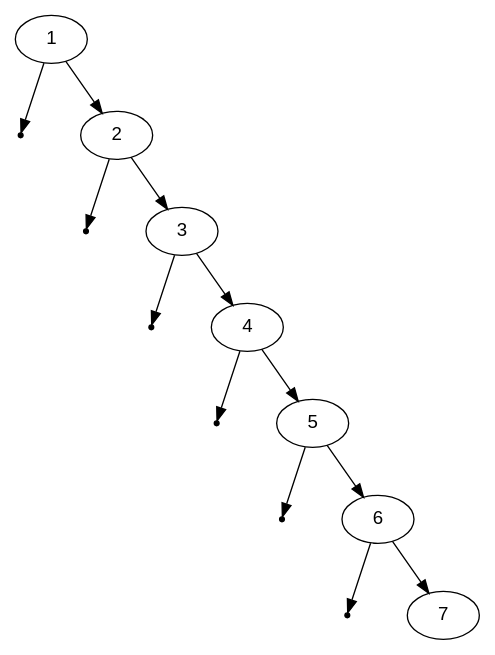
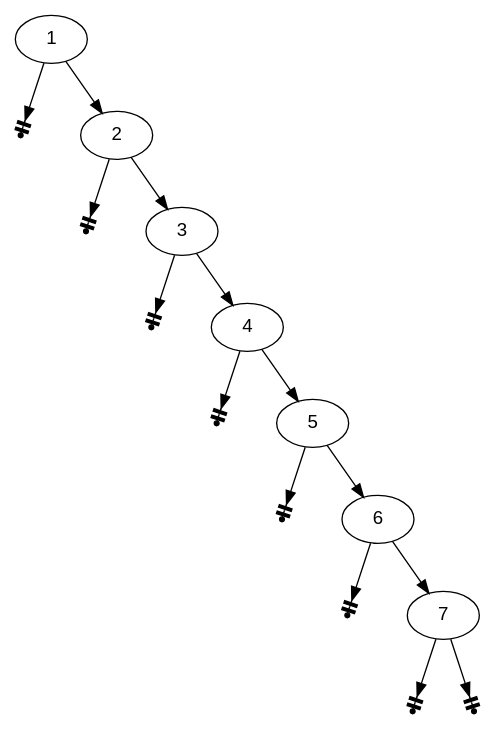
One commit to aaronbloomfield/pdr changed the diagram in slides/graphs/bst-2.dot. Above: the diagram before and after it, drawn with Graphviz. The commit also changed 26 other files, not shown here.

```diff
--- a/slides/graphs/bst-2.dot
+++ b/slides/graphs/bst-2.dot
@@ -1,47 +1,55 @@
 digraph G {
 	graph [fontname = "Helvetica"];
 	node [fontname = "Helvetica"];
 	edge [fontname = "Helvetica"];
 
 	l1 [shape=point];
-	1 -> l1;
+	1 -> l1 [arrowhead=teeteenormal];
 	m1 [label="", width=0.1, style=invis];
 	1 -> m1 [style=invis];
 	1 -> 2;
 	{rank=same l1 -> m1 -> 2 [style=invis]};
 	
 	l2 [shape=point];
-	2 -> l2;
+	2 -> l2 [arrowhead=teeteenormal];
 	m2 [label="", width=0.1, style=invis];
 	2 -> m2 [style=invis];
 	2 -> 3;
 	{rank=same l2 -> m2 -> 3 [style=invis]};
 	
 	l3 [shape=point];
-	3 -> l3;
+	3 -> l3 [arrowhead=teeteenormal];
 	m3 [label="", width=0.1, style=invis];
 	3 -> m3 [style=invis];
 	3 -> 4;
 	{rank=same l3 -> m3 -> 4 [style=invis]};
 
 	l4 [shape=point];
-	4 -> l4;
+	4 -> l4 [arrowhead=teeteenormal];
 	m4 [label="", width=0.1, style=invis];
 	4 -> m4 [style=invis];
 	4 -> 5;
 	{rank=same l4 -> m4 -> 5 [style=invis]};
 
 	l5 [shape=point];
-	5 -> l5;
+	5 -> l5 [arrowhead=teeteenormal];
 	m5 [label="", width=0.1, style=invis];
 	5 -> m5 [style=invis];
 	5 -> 6;
 	{rank=same l5 -> m5 -> 6 [style=invis]};
 
 	l6 [shape=point];
-	6 -> l6;
+	6 -> l6 [arrowhead=teeteenormal];
 	m6 [label="", width=0.1, style=invis];
 	6 -> m6 [style=invis];
 	6 -> 7;
 	{rank=same l6 -> m6 -> 7 [style=invis]};
+
+	l7 [shape=point];
+	7 -> l7 [arrowhead=teeteenormal];
+	m7 [label="", width=0.1, style=invis];
+	7 -> m7 [style=invis];
+	r7 [shape=point];
+	7 -> r7 [arrowhead=teeteenormal];
+	{rank=same l7 -> m7 -> r7 [style=invis]};
 }
```
